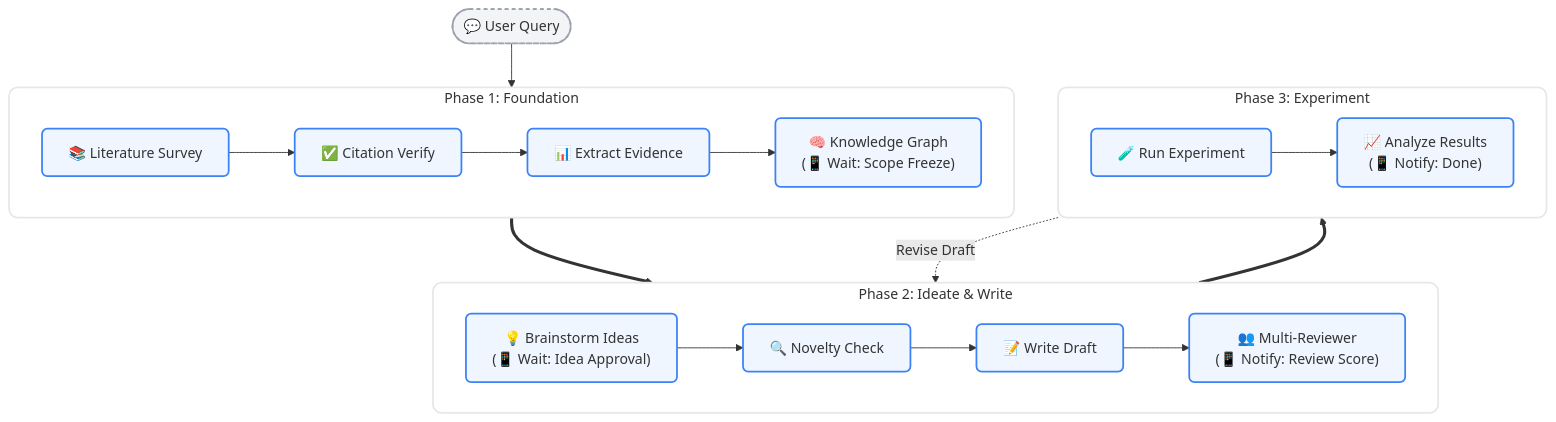
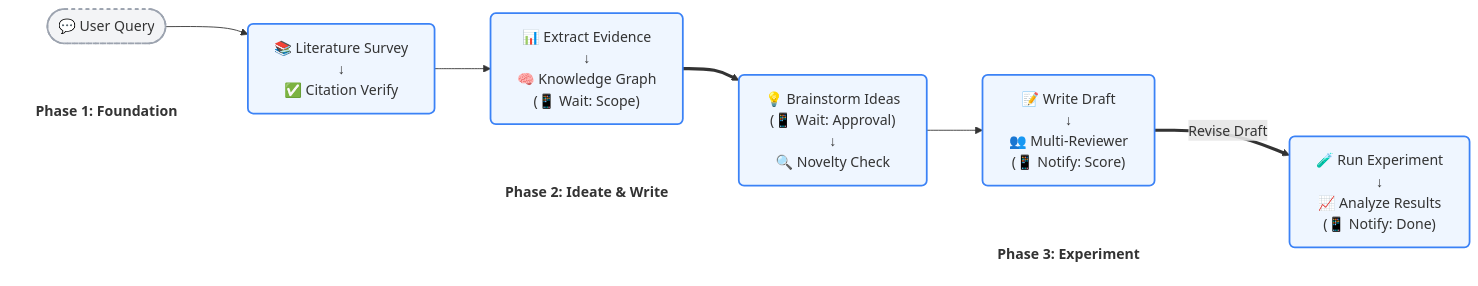
One commit to ChunqiGuo02/Nexus changed the diagram in README.md. Above: the diagram before and after it, drawn with Mermaid.

````diff
--- a/README.md
+++ b/README.md
@@ -24,31 +24,34 @@
 ```mermaid
-flowchart TD
+flowchart LR
     %% Styles
-    classDef phaseBox fill:#ffffff,stroke:#e5e7eb,stroke-width:2px,rx:10,ry:10
     classDef node fill:#eff6ff,stroke:#3b82f6,stroke-width:2px,rx:6,ry:6
-    classDef query fill:#f3f4f6,stroke:#9ca3af,stroke-width:2px,stroke-dasharray: 4 4
+    classDef q fill:#f3f4f6,stroke:#9ca3af,stroke-width:2px,stroke-dasharray: 4 4
+    classDef title fill:none,stroke:none,font-weight:bold,font-size:16px
 
-    Q(["💬 User Query"]):::query
+    %% Titles
+    T1[Phase 1: Foundation]:::title
+    T2[Phase 2: Ideate & Write]:::title
+    T3[Phase 3: Experiment]:::title
+
+    %% Nodes
+    Q(["💬 User Query"]):::q
     
-    subgraph P1 ["Phase 1: Foundation"]
-        direction LR
-        S["📚 Literature Survey"]:::node --> V["✅ Citation Verify"]:::node --> E["📊 Extract Evidence"]:::node --> K["🧠 Knowledge Graph\n(📱 Wait: Scope Freeze)"]:::node
-    end
+    S1["📚 Literature Survey\n↓\n✅ Citation Verify"]:::node
+    S2["📊 Extract Evidence\n↓\n🧠 Knowledge Graph\n(📱 Wait: Scope)"]:::node
+    
+    B1["💡 Brainstorm Ideas\n(📱 Wait: Approval)\n↓\n🔍 Novelty Check"]:::node
+    B2["📝 Write Draft\n↓\n👥 Multi-Reviewer\n(📱 Notify: Score)"]:::node
+    
+    E1["🧪 Run Experiment\n↓\n📈 Analyze Results\n(📱 Notify: Done)"]:::node
 
-    subgraph P2 ["Phase 2: Ideate & Write"]
-        direction LR
-        B["💡 Brainstorm Ideas\n(📱 Wait: Idea Approval)"]:::node --> N["🔍 Novelty Check"]:::node --> D["📝 Write Draft"]:::node --> M["👥 Multi-Reviewer\n(📱 Notify: Review Score)"]:::node
-    end
+    %% Layout Structure
+    Q --> S1 --> S2
+    S2 ==> B1
+    B1 --> B2
+    B2 ==>|Revise Draft| E1
 
-    subgraph P3 ["Phase 3: Experiment"]
-        direction LR
-        R["🧪 Run Experiment"]:::node --> A["📈 Analyze Results\n(📱 Notify: Done)"]:::node
-    end
-
-    Q --> P1
-    P1 ==> P2
-    P2 ==> P3
-    P3 -.->|Revise Draft| P2
-
-    class P1,P2,P3 phaseBox
+    %% Invisible alignment
+    T1 ~~~ S1
+    T2 ~~~ B1
+    T3 ~~~ E1
 ```
````
